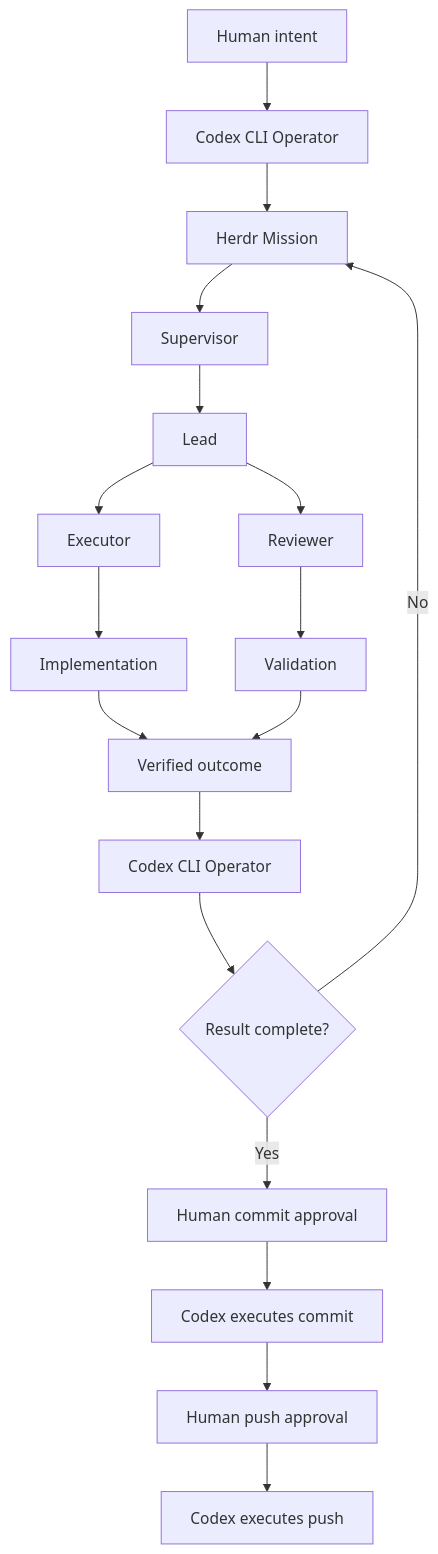
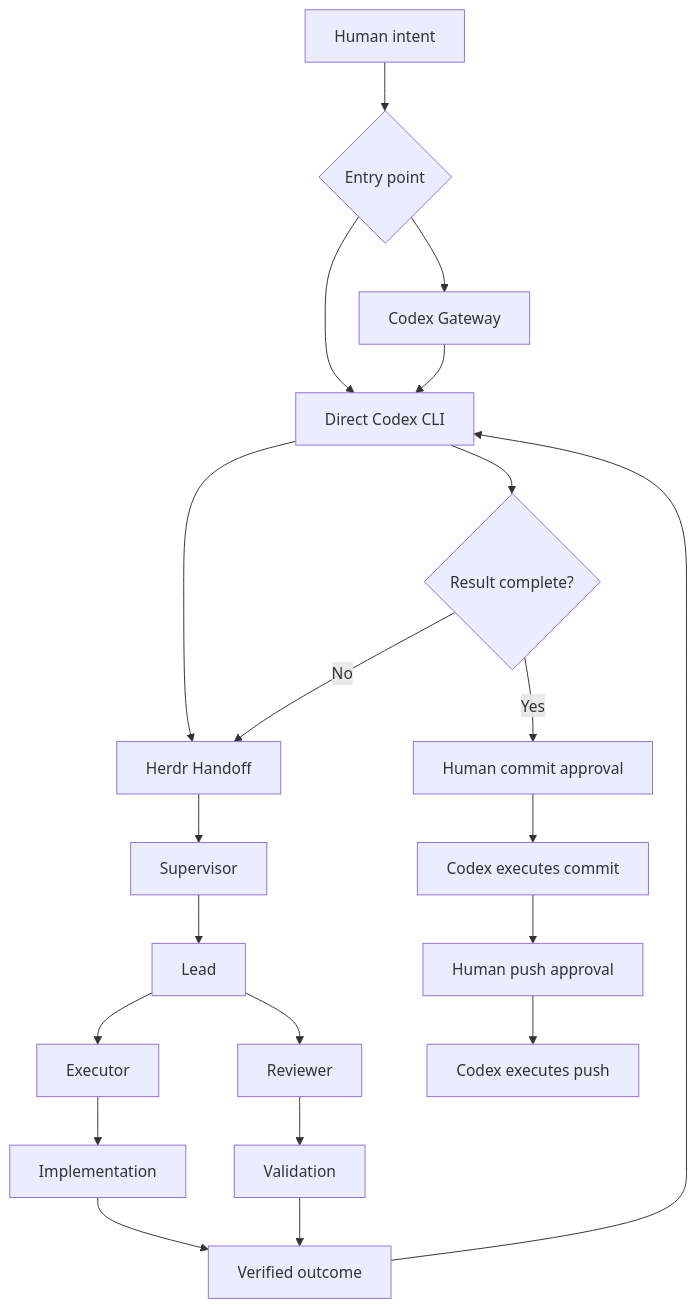
The diagram in README.md (TheMickeyDodger/dodging-infinity), drawn with Mermaid before and after one commit. The commit also changed other lines of this file, not shown here.

Commit message:
docs: update README architecture and roadmap

````diff
--- a/README.md
+++ b/README.md
@@ -37,20 +58,23 @@
 ```mermaid
 flowchart TD
-    A[Human intent] --> B[Codex CLI Operator]
-    B --> C[Herdr Mission]
-    C --> D[Supervisor]
-    D --> E[Lead]
-    E --> F[Executor]
-    E --> G[Reviewer]
-    F --> H[Implementation]
-    G --> I[Validation]
-    H --> J[Verified outcome]
-    I --> J
-    J --> K[Codex CLI Operator]
-    K --> L{Result complete?}
-    L -- No --> C
-    L -- Yes --> M[Human commit approval]
-    M --> N[Codex executes commit]
-    N --> O[Human push approval]
-    O --> P[Codex executes push]
+    A[Human intent] --> B{Entry point}
+    B --> C[Direct Codex CLI]
+    B --> D[Codex Gateway]
+    D --> C
+    C --> E[Herdr Handoff]
+    E --> F[Supervisor]
+    F --> G[Lead]
+    G --> H[Executor]
+    G --> I[Reviewer]
+    H --> J[Implementation]
+    I --> K[Validation]
+    J --> L[Verified outcome]
+    K --> L
+    L --> C
+    C --> M{Result complete?}
+    M -- No --> E
+    M -- Yes --> N[Human commit approval]
+    N --> O[Codex executes commit]
+    O --> P[Human push approval]
+    P --> Q[Codex executes push]
 ```
````
